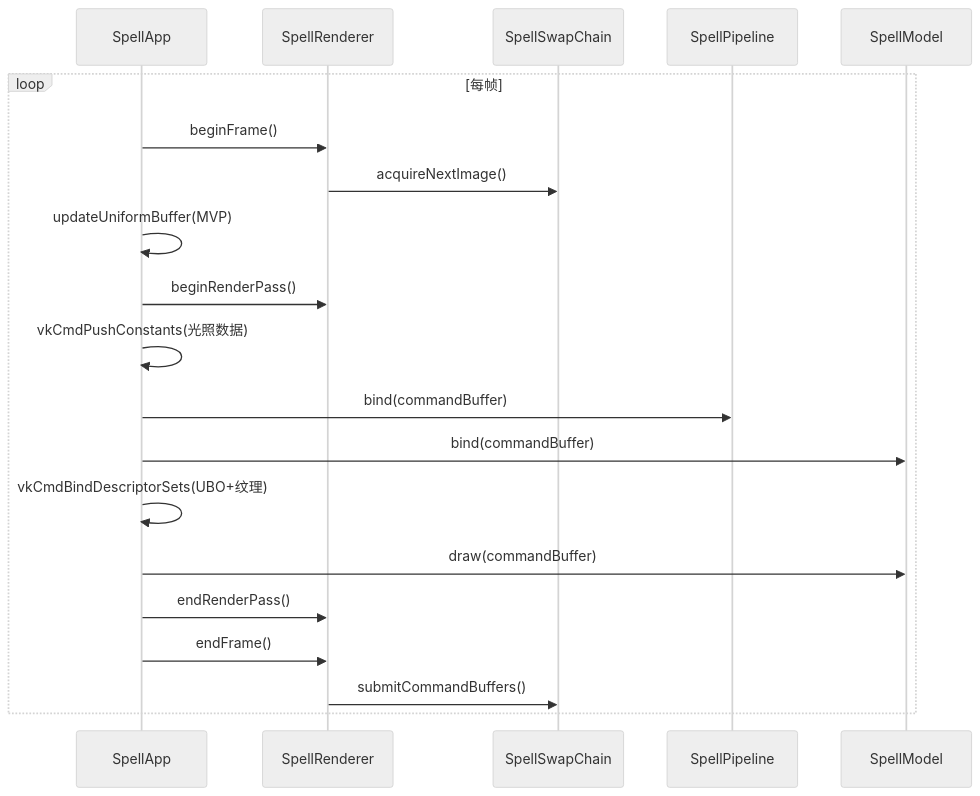
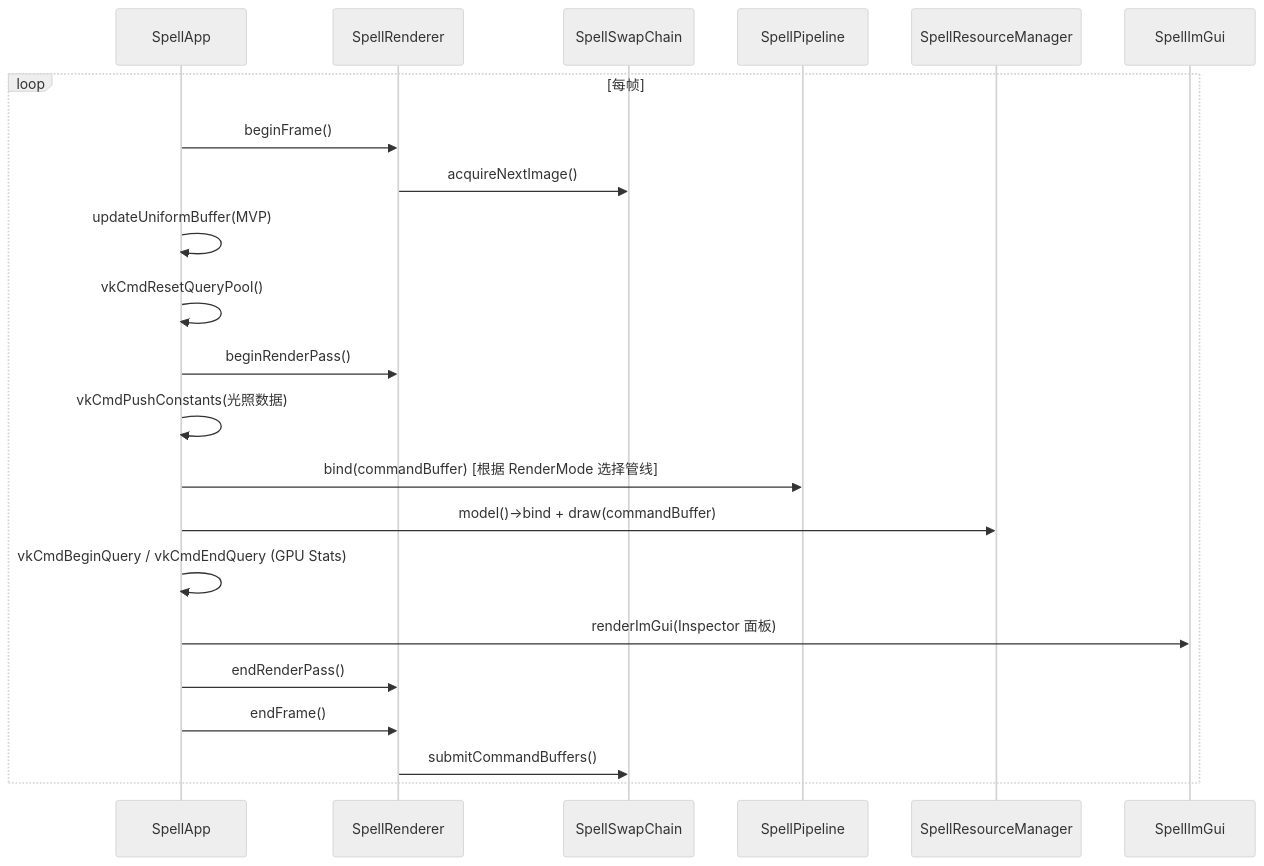
The second of 2 diagrams in README.md (Spellzzy/VulkanTest), drawn with Mermaid (neutral theme) before and after one commit. The commit also changed other lines of this file, not shown here.

````diff
--- a/README.md
+++ b/README.md
@@ -86,23 +115,25 @@
 ```mermaid
 sequenceDiagram
     participant App as SpellApp
     participant R as SpellRenderer
     participant SC as SpellSwapChain
     participant P as SpellPipeline
-    participant M as SpellModel
+    participant Res as SpellResourceManager
+    participant UI as SpellImGui
 
     loop 每帧
         App->>R: beginFrame()
         R->>SC: acquireNextImage()
         App->>App: updateUniformBuffer(MVP)
+        App->>App: vkCmdResetQueryPool()
         App->>R: beginRenderPass()
         App->>App: vkCmdPushConstants(光照数据)
-        App->>P: bind(commandBuffer)
-        App->>M: bind(commandBuffer)
-        App->>App: vkCmdBindDescriptorSets(UBO+纹理)
-        App->>M: draw(commandBuffer)
+        App->>P: bind(commandBuffer) [根据 RenderMode 选择管线]
+        App->>Res: model()->bind + draw(commandBuffer)
+        App->>App: vkCmdBeginQuery / vkCmdEndQuery (GPU Stats)
+        App->>UI: renderImGui(Inspector 面板)
         App->>R: endRenderPass()
         App->>R: endFrame()
         R->>SC: submitCommandBuffers()
     end
 ```
````
